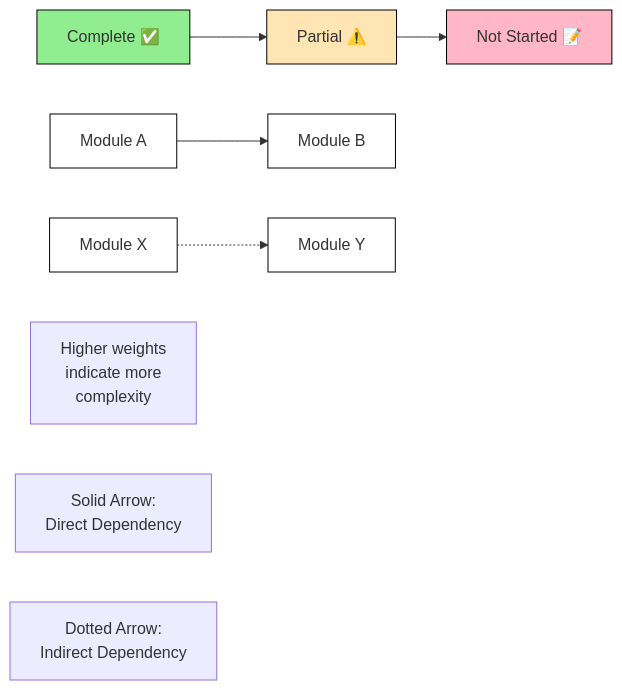
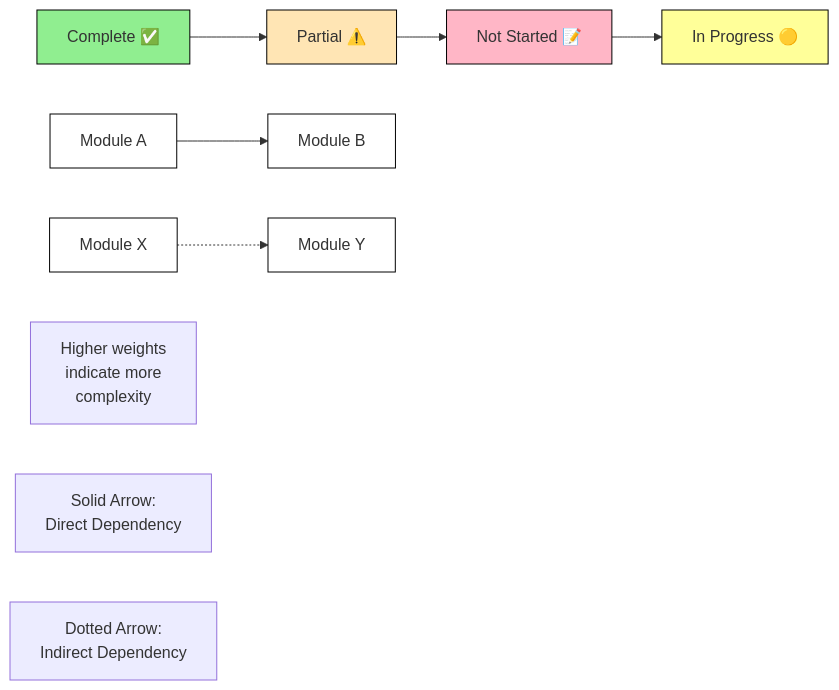
The second of 2 diagrams in PROGRESS.md (my-axel/goldfinch), drawn with Mermaid before and after one commit. The commit also changed other lines of this file and 45 other files, not shown here.

````diff
--- a/PROGRESS.md
+++ b/PROGRESS.md
@@ -221,31 +217,34 @@
 ```mermaid
 graph LR
     %% Status Legend
     L1[Complete ✅] --> L2[Partial ⚠️]
     L2 --> L3[Not Started 📝]
+    L3 --> L4[In Progress 🟡]
     
     %% Dependency Types
     D1[Module A] --> D2[Module B]
     D3[Module X] -.-> D4[Module Y]
     
     %% Styling
     classDef complete fill:#90EE90,stroke:#000
     classDef partial fill:#FFE5B4,stroke:#000
     classDef notStarted fill:#FFB6C6,stroke:#000
+    classDef inProgress fill:#FFFF99,stroke:#000
     class L1 complete
     class L2 partial
     class L3 notStarted
+    class L4 inProgress
     
     %% Legend Labels
     style D1 fill:#fff,stroke:#000
     style D2 fill:#fff,stroke:#000
     style D3 fill:#fff,stroke:#000
     style D4 fill:#fff,stroke:#000
     
     %% Notes
     N1[Higher weights<br/>indicate more<br/>complexity]
     
     %% Labels
     Label1[Solid Arrow:<br/>Direct Dependency]
     Label2[Dotted Arrow:<br/>Indirect Dependency]
 ```
````
